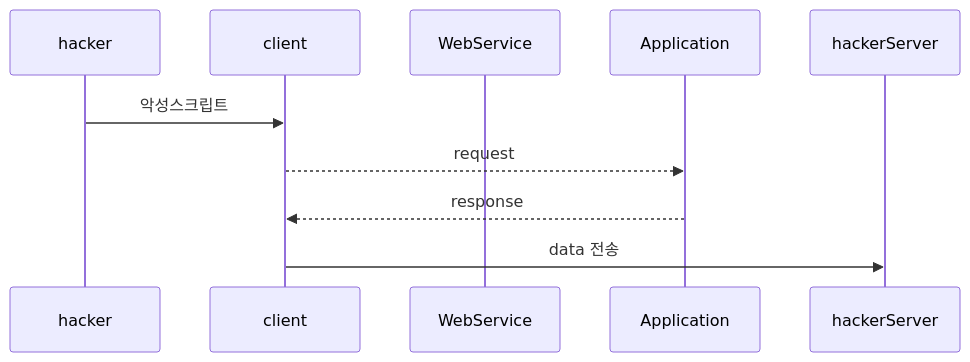
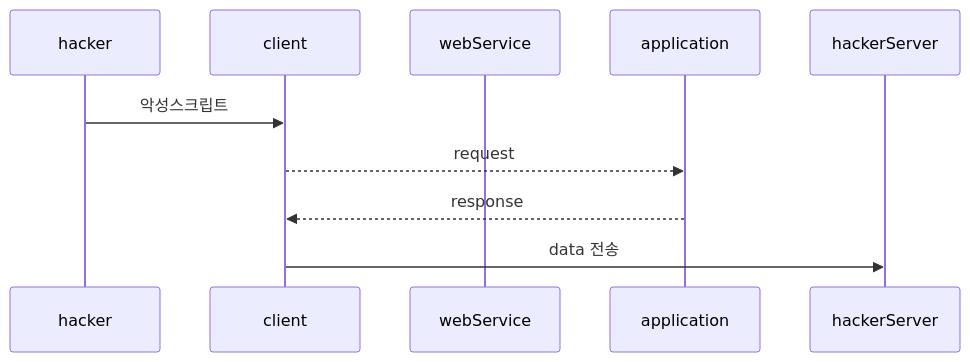
The sixth of 8 diagrams in doc/section05.md (javython999/web-secure), drawn with Mermaid before and after one commit. The commit also changed other lines of this file, not shown here.

````diff
--- a/doc/section05.md
+++ b/doc/section05.md
@@ -68,11 +68,11 @@
 ```mermaid
 sequenceDiagram
     participant hacker
     participant client
-    participant WebService
-    participant Application
+    participant webService
+    participant application
     hacker ->> client: 악성스크립트
-    client -->> Application: request
-    Application -->> client: response
+    client -->> application: request
+    application -->> client: response
     client ->> hackerServer: data 전송
 ```
````
